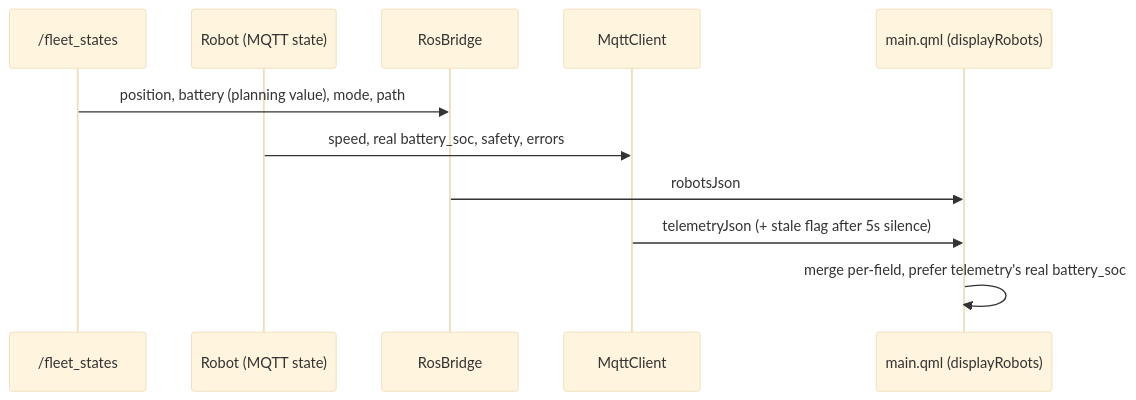
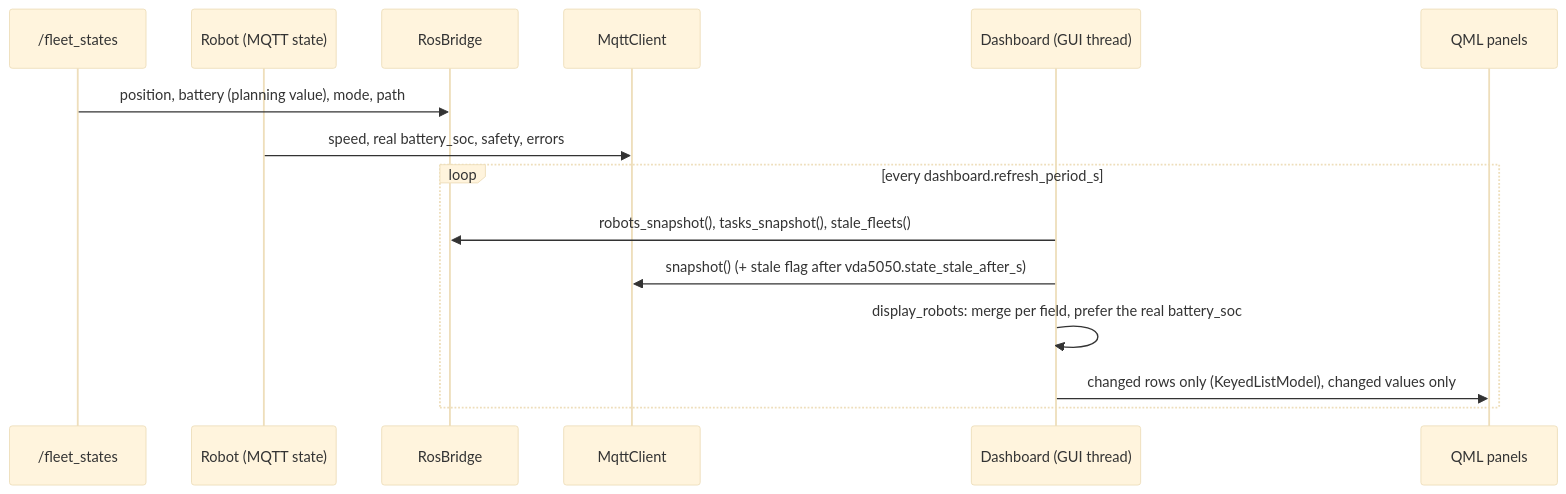
The sixth of 6 diagrams in eiu_fleet_ui/docs/architecture.md (NhatTran-97/eiu-vda5050-support-open-rmf), drawn with Mermaid (base theme) before and after one commit. The commit also changed other lines of this file and 56 other files, not shown here.

Commit message:
eiu_fleet_ui: stop UI flicker, keyed list models, ranked task state

````diff
--- a/eiu_fleet_ui/docs/architecture.md
+++ b/eiu_fleet_ui/docs/architecture.md
@@ -212,14 +224,18 @@
 ```mermaid
 sequenceDiagram
     participant RMF as /fleet_states
     participant Robot as Robot (MQTT state)
     participant RB as RosBridge
     participant MC as MqttClient
-    participant UI as main.qml (displayRobots)
+    participant D as Dashboard (GUI thread)
+    participant UI as QML panels
 
     RMF->>RB: position, battery (planning value), mode, path
     Robot->>MC: speed, real battery_soc, safety, errors
-    RB->>UI: robotsJson
-    MC->>UI: telemetryJson (+ stale flag after 5s silence)
-    UI->>UI: merge per-field, prefer telemetry's real battery_soc
+    loop every dashboard.refresh_period_s
+        D->>RB: robots_snapshot(), tasks_snapshot(), stale_fleets()
+        D->>MC: snapshot() (+ stale flag after vda5050.state_stale_after_s)
+        D->>D: display_robots: merge per field, prefer the real battery_soc
+        D->>UI: changed rows only (KeyedListModel), changed values only
+    end
 ```
````
